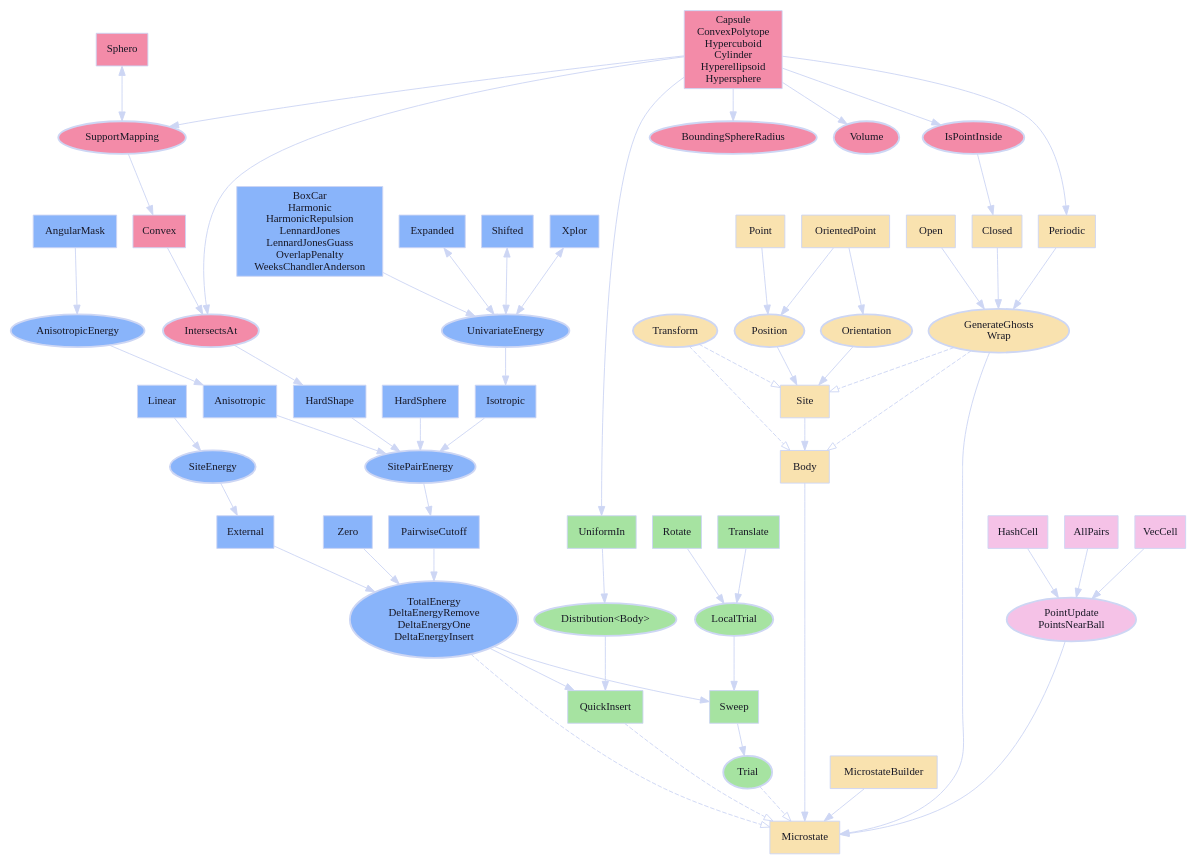
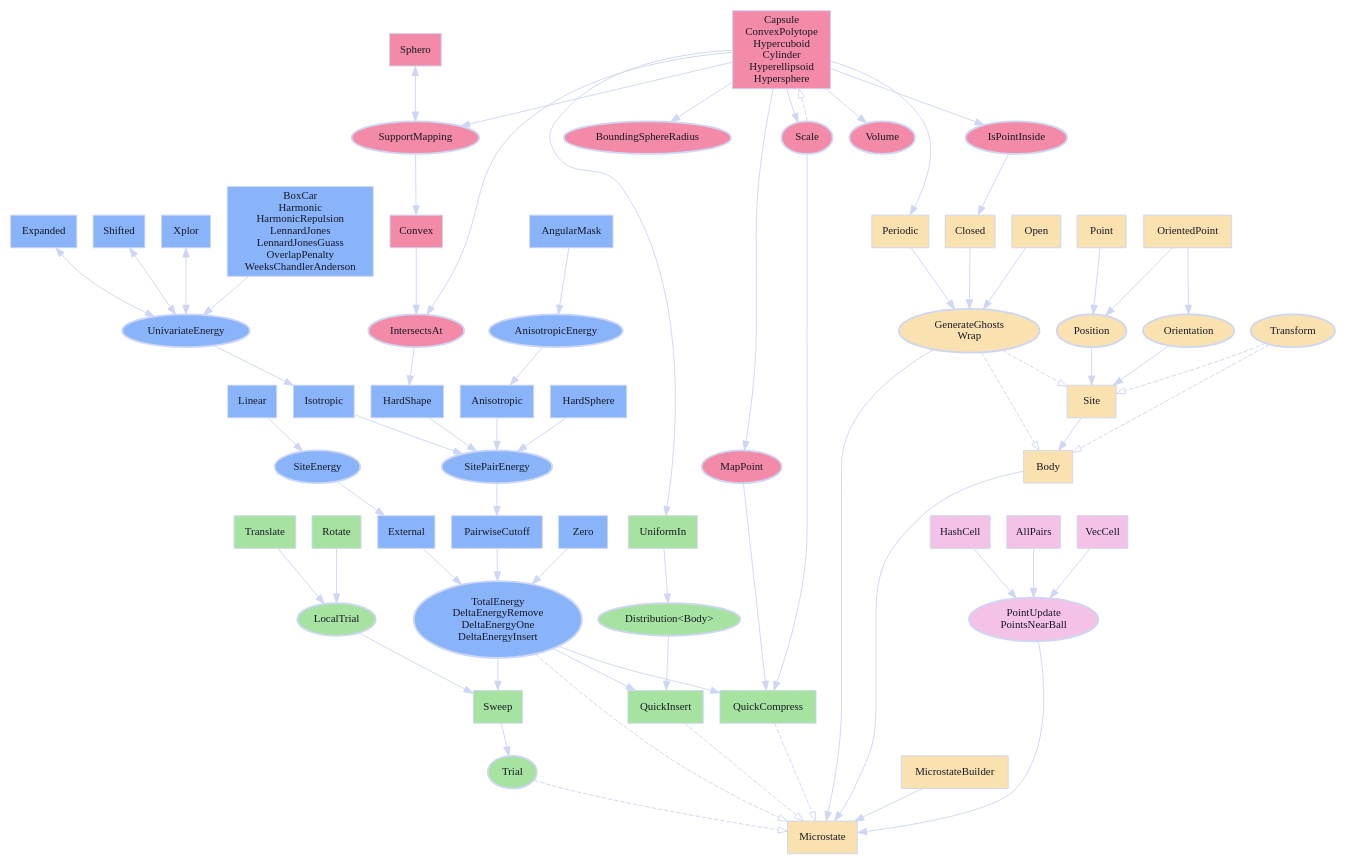
One commit to glotzerlab/hoomd-rs changed the diagram in doc/figures/structure-dark.dot. Above: the diagram before and after it, drawn with Graphviz. The commit also changed 6 other files, not shown here.

Commit message:
Add QuickCompress to the API overview.

```diff
--- a/doc/figures/structure-dark.dot
+++ b/doc/figures/structure-dark.dot
@@ -88,6 +88,7 @@
         node [ shape=rectangle, fillcolor="#a6e3a1", style="filled"]
 
         QuickInsert
+        QuickCompress
         Rotate -> LocalTrial
         Translate -> LocalTrial
         UniformIn -> "Distribution<Body>"
@@ -99,6 +100,7 @@
         UniformIn [ URL="../api/hoomd_mc/struct.UniformIn.html" ]
         "Distribution<Body>" [ URL="https://docs.rs/rand/latest/rand/distr/trait.Distribution.html" ]
         QuickInsert [ URL="../api/hoomd_mc/struct.QuickInsert.html" ]
+        QuickCompress [ URL="../api/hoomd_mc/struct.QuickCompress.html" ]
         Rotate [ URL="../api/hoomd_mc/struct.Rotate.html" ]
         Translate [ URL="../api/hoomd_mc/struct.Translate.html" ]
         LocalTrial [ URL="../api/hoomd_mc/trait.LocalTrial.html" ]
@@ -162,6 +164,8 @@
         BoundingSphereRadius
         IntersectsAt
         IsPointInside
+        MapPoint
+        Scale
         SupportMapping
         Volume
 
@@ -175,6 +179,9 @@
         shapes -> IsPointInside
         shapes -> IntersectsAt
         shapes -> BoundingSphereRadius
+        shapes -> MapPoint
+        shapes -> Scale
+        Scale -> shapes [ style=dashed, arrowhead=empty ]
         SupportMapping -> Convex -> IntersectsAt
         Sphero -> SupportMapping [ dir = both ]
 
@@ -187,6 +194,8 @@
         BoundingSphereRadius [ URL="../api/hoomd_geometry/trait.BoundingSphereRadius.html" ]
         Volume [ URL="../api/hoomd_geometry/trait.Volume.html" ]
         IsPointInside [ URL="../api/hoomd_geometry/trait.IsPointInside.html" ]
+        MapPoint [ URL="../api/hoomd_geometry/trait.MapPoint.html" ]
+        Scale [ URL="../api/hoomd_geometry/trait.Scale.html" ]
         }
 
     subgraph hoomd_spatial {
@@ -217,9 +226,12 @@
         VecCell [ URL="../api/hoomd_spatial/struct.VecCell.html" ]
     }
 
-    Hamiltonian -> {QuickInsert, Sweep}
+    Scale -> QuickCompress
+    MapPoint -> QuickCompress
+    Hamiltonian -> {QuickInsert, QuickCompress, Sweep}
     Trial -> Microstate [ style=dashed, arrowhead=empty ]
     QuickInsert -> Microstate [ style=dashed, arrowhead=empty ]
+    QuickCompress -> Microstate [ style=dashed, arrowhead=empty ]
     Hamiltonian -> Microstate [ style=dashed, arrowhead=empty ]
     spatial -> Microstate
     IntersectsAt -> HardShape
```
